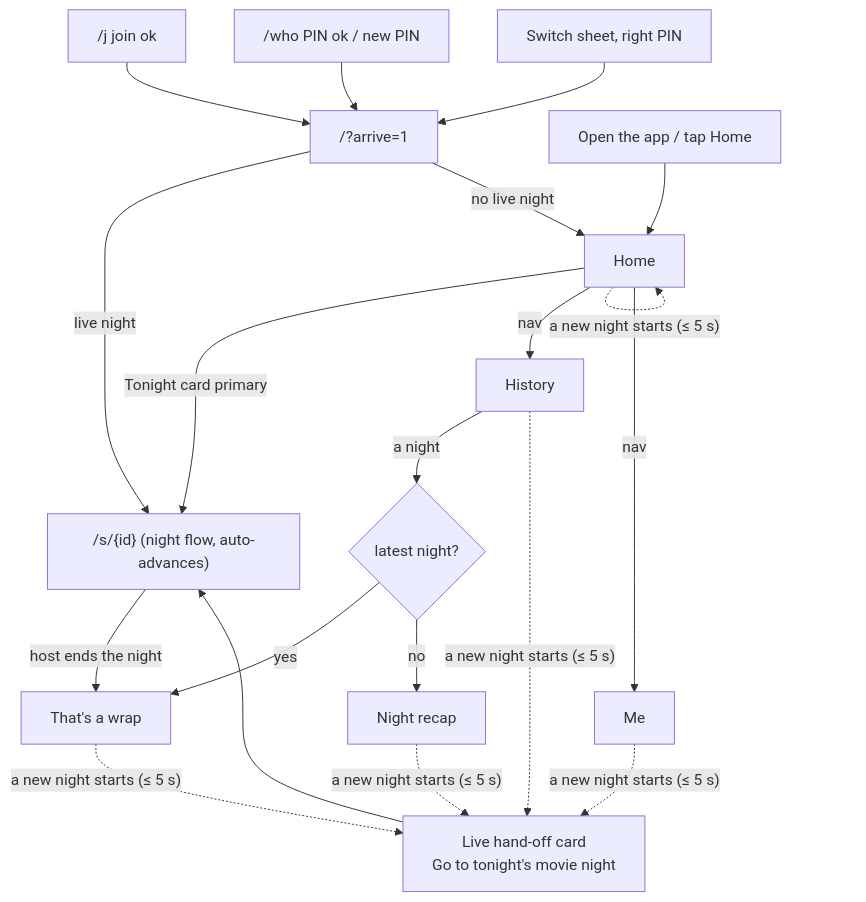
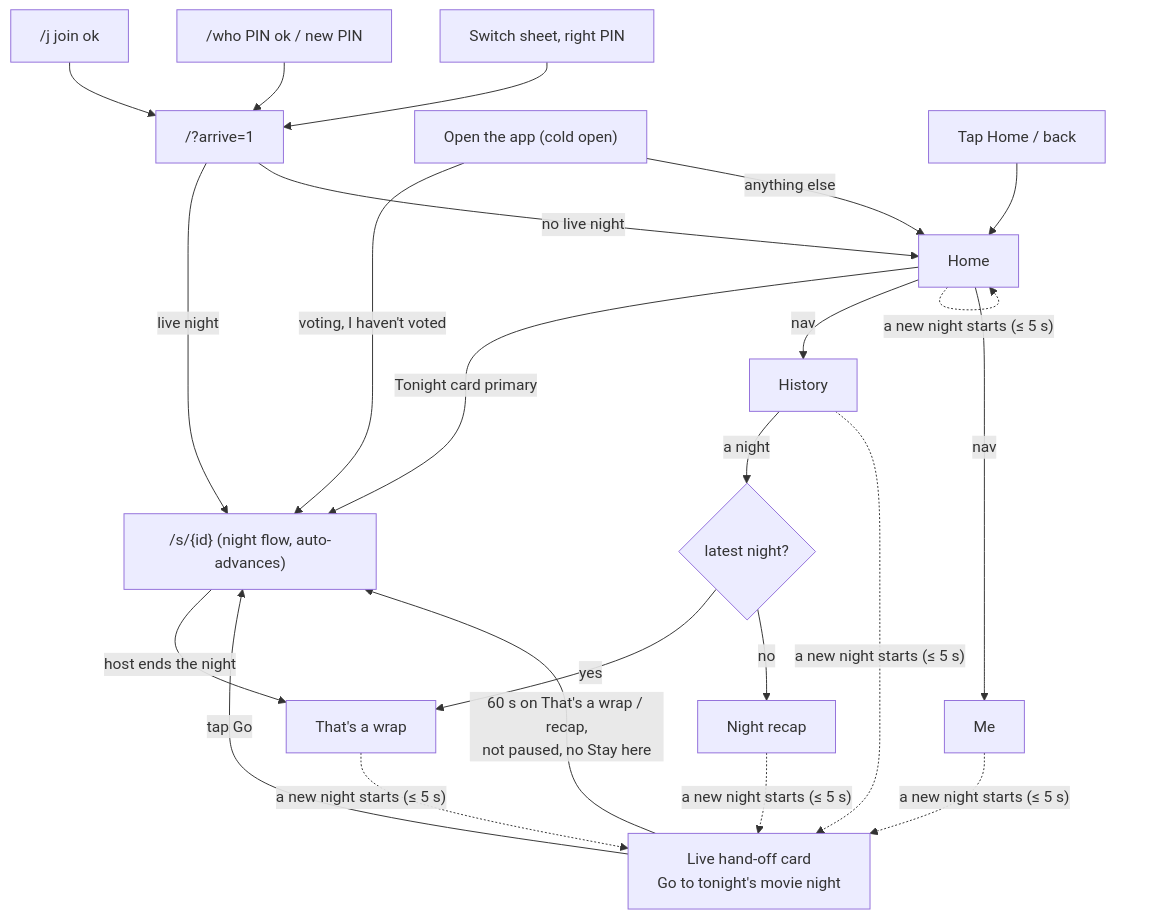
Before and after one commit to one-repo-to-rule-them-all/FamilyNightHub: the diagram in docs/architecture/proposals/guest-home.md, drawn with Mermaid. The commit also changed other lines of this file and 1 other file, not shown here.

First line of the commit message:
docs: guest home owner decisions, auto-move countdown ACs, self-contained briefs (#58)

````diff
--- a/docs/architecture/proposals/guest-home.md
+++ b/docs/architecture/proposals/guest-home.md
@@ -132,18 +147,21 @@
 ```mermaid
 flowchart TD
   J["/j join ok"] --> AR["/?arrive=1"]
   W["/who PIN ok / new PIN"] --> AR
   SW["Switch sheet, right PIN"] --> AR
   AR -- "live night" --> S["/s/{id} (night flow, auto-advances)"]
   AR -- "no live night" --> H["Home"]
-  OPEN["Open the app / tap Home"] --> H
+  COLD["Open the app (cold open)"] -- "voting, I haven't voted" --> S
+  COLD -- "anything else" --> H
+  TAP["Tap Home / back"] --> H
   H -- "Tonight card primary" --> S
   H -- "nav" --> HI["History"] & ME["Me"]
   HI -- "a night" --> PAST{"latest night?"}
   PAST -- yes --> WRAP["That's a wrap"]
   PAST -- no --> REC["Night recap"]
   S -- "host ends the night" --> WRAP
   WRAP & REC & HI & ME -. "a new night starts (≤ 5 s)" .-> HAND["Live hand-off card<br/>Go to tonight's movie night"]
-  HAND --> S
+  HAND -- "tap Go" --> S
+  HAND -- "60 s on That's a wrap / recap,<br/>not paused, no Stay here" --> S
   H -. "a new night starts (≤ 5 s)" .-> H
 ```
````
